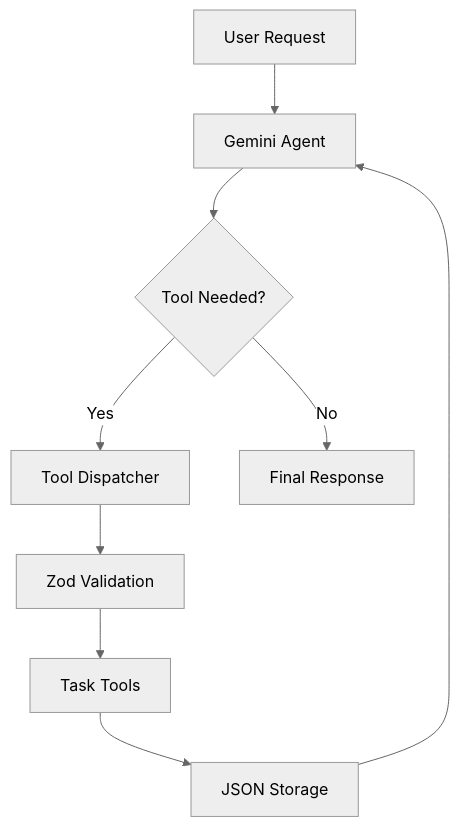
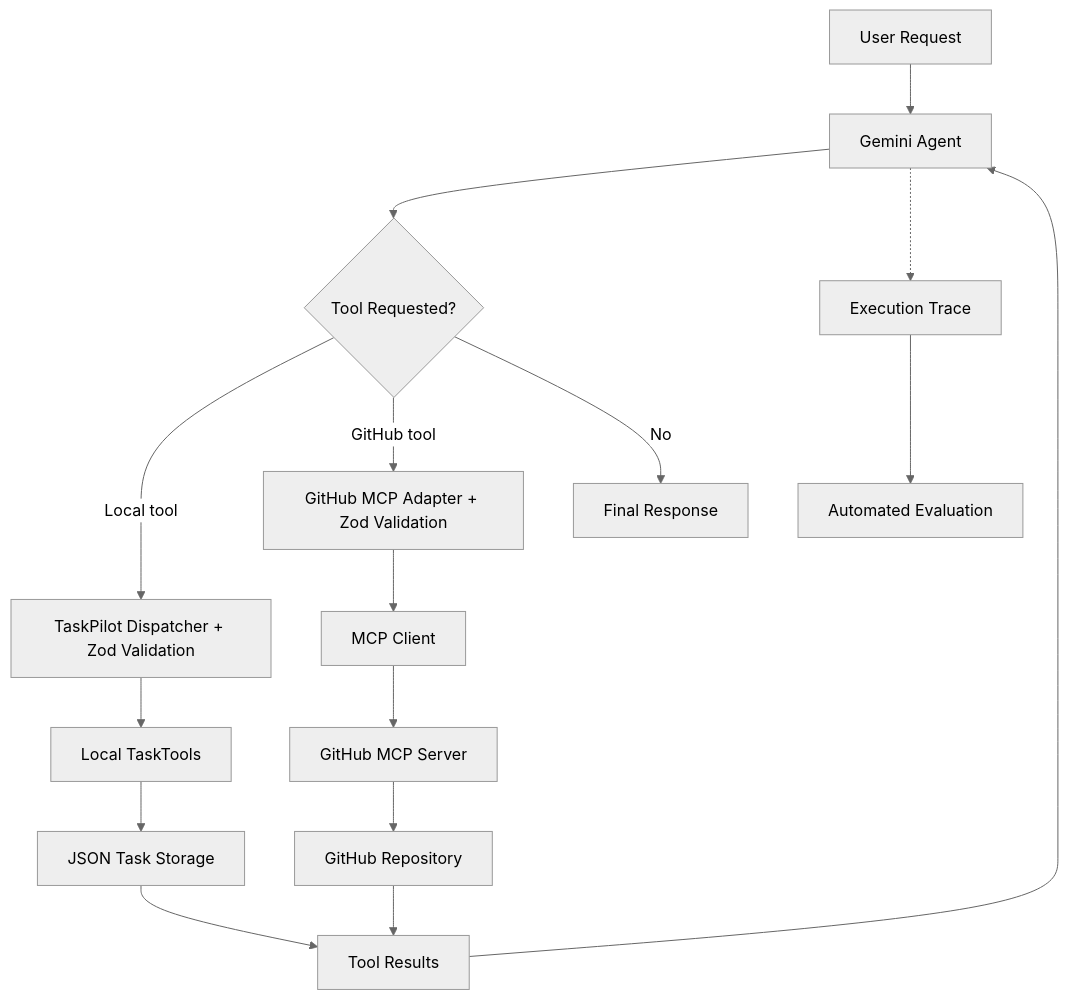
Before and after one commit to lufhernaV2/AI-Agent-Crash-Course: the diagram in README.md, drawn with Mermaid (neutral theme). The commit also changed other lines of this file, not shown here.

Commit message:
docs: complete TaskPilot AI agent and MCP documentation

````diff
--- a/README.md
+++ b/README.md
@@ -35,11 +43,18 @@
 ```mermaid
 flowchart TD
-    User["User Request"] --> Agent["Gemini Agent"]
-    Agent --> Decision{"Tool Needed?"}
-    Decision -->|Yes| Dispatcher["Tool Dispatcher"]
-    Dispatcher --> Validation["Zod Validation"]
-    Validation --> Tools["Task Tools"]
-    Tools --> Storage["JSON Storage"]
-    Storage --> Agent
-    Decision -->|No| Response["Final Response"]
+    U["User Request"] --> G["Gemini Agent"]
+    G --> D{"Tool Requested?"}
+    D -->|Local tool| V["TaskPilot Dispatcher + Zod Validation"]
+    D -->|GitHub tool| A["GitHub MCP Adapter + Zod Validation"]
+    V --> T["Local TaskTools"]
+    T --> S["JSON Task Storage"]
+    A --> C["MCP Client"]
+    C --> M["GitHub MCP Server"]
+    M --> H["GitHub Repository"]
+    S --> R["Tool Results"]
+    H --> R
+    R --> G
+    D -->|No| F["Final Response"]
+    G -.-> X["Execution Trace"]
+    X --> E["Automated Evaluation"]
 ```
````
